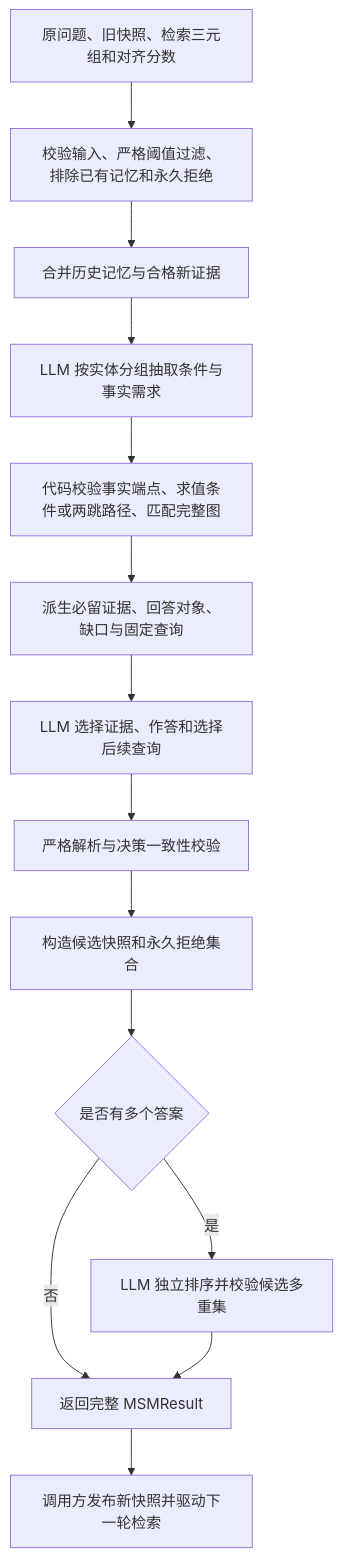
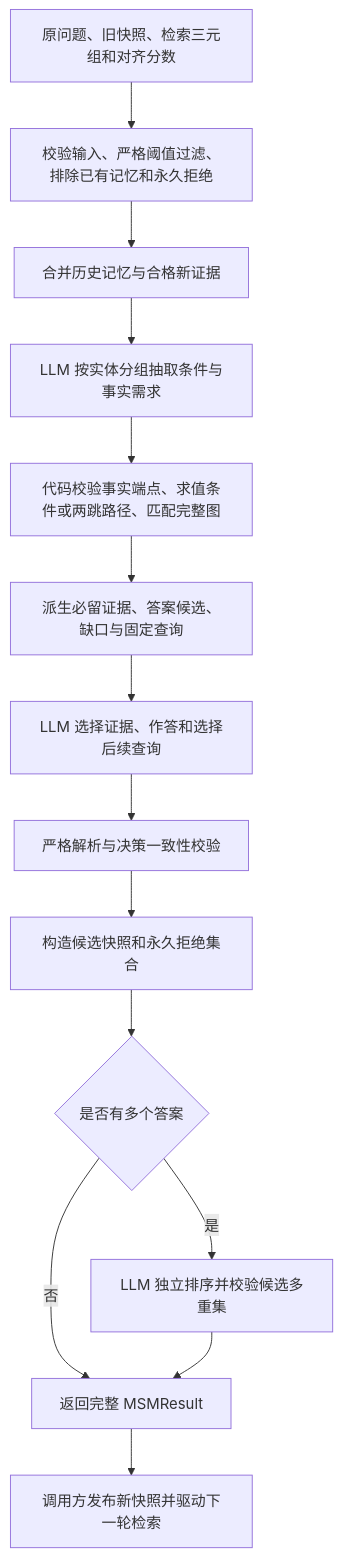
The diagram in docs/part_d.zh-CN.md (yyht6300a/AI6103-Project-FoG), drawn with Mermaid before and after one commit. The commit also changed other lines of this file and 1 other file, not shown here.

````diff
--- a/docs/part_d.zh-CN.md
+++ b/docs/part_d.zh-CN.md
@@ -9,16 +9,16 @@
 ```mermaid
 flowchart TD
     A[原问题、旧快照、检索三元组和对齐分数] --> B[校验输入、严格阈值过滤、排除已有记忆和永久拒绝]
     B --> C[合并历史记忆与合格新证据]
     C --> D[LLM 按实体分组抽取条件与事实需求]
     D --> E[代码校验事实端点、求值条件或两跳路径、匹配完整图]
-    E --> F[派生必留证据、回答对象、缺口与固定查询]
+    E --> F[派生必留证据、答案候选、缺口与固定查询]
     F --> G[LLM 选择证据、作答和选择后续查询]
     G --> H[严格解析与决策一致性校验]
     H --> I[构造候选快照和永久拒绝集合]
     I --> J{是否有多个答案}
     J -->|是| K[LLM 独立排序并校验候选多重集]
     J -->|否| L[返回完整 MSMResult]
     K --> L
     L --> M[调用方发布新快照并驱动下一轮检索]
 ```
````
